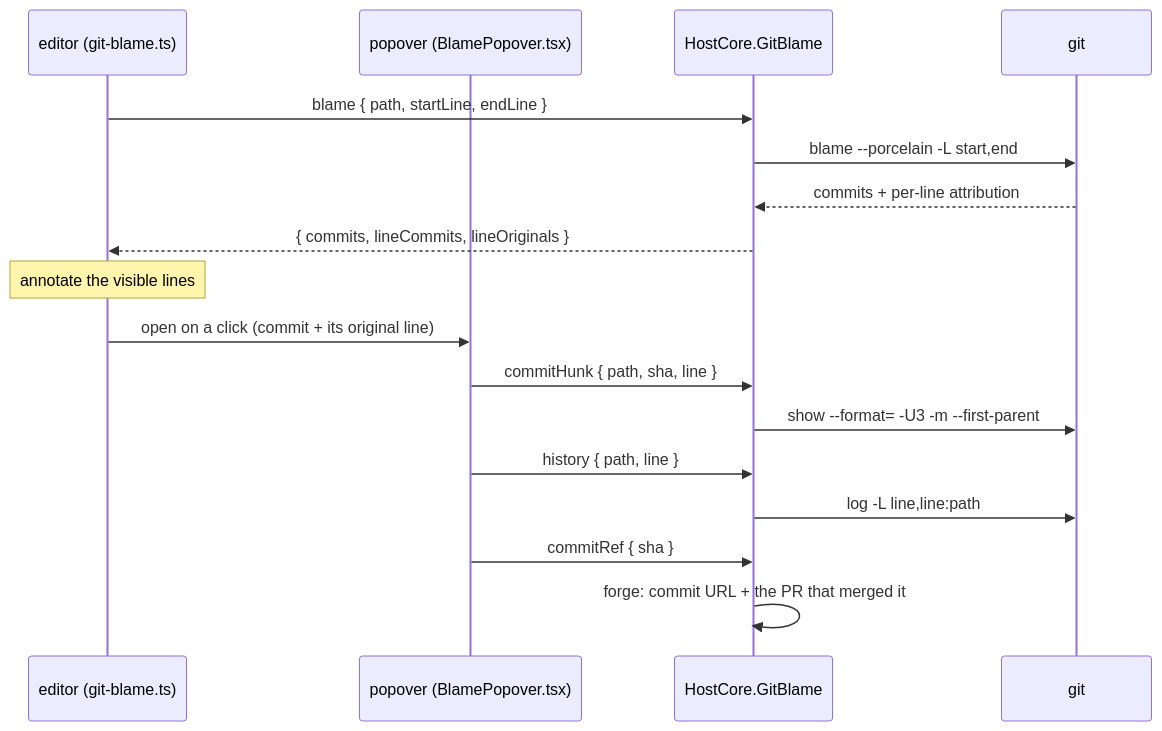
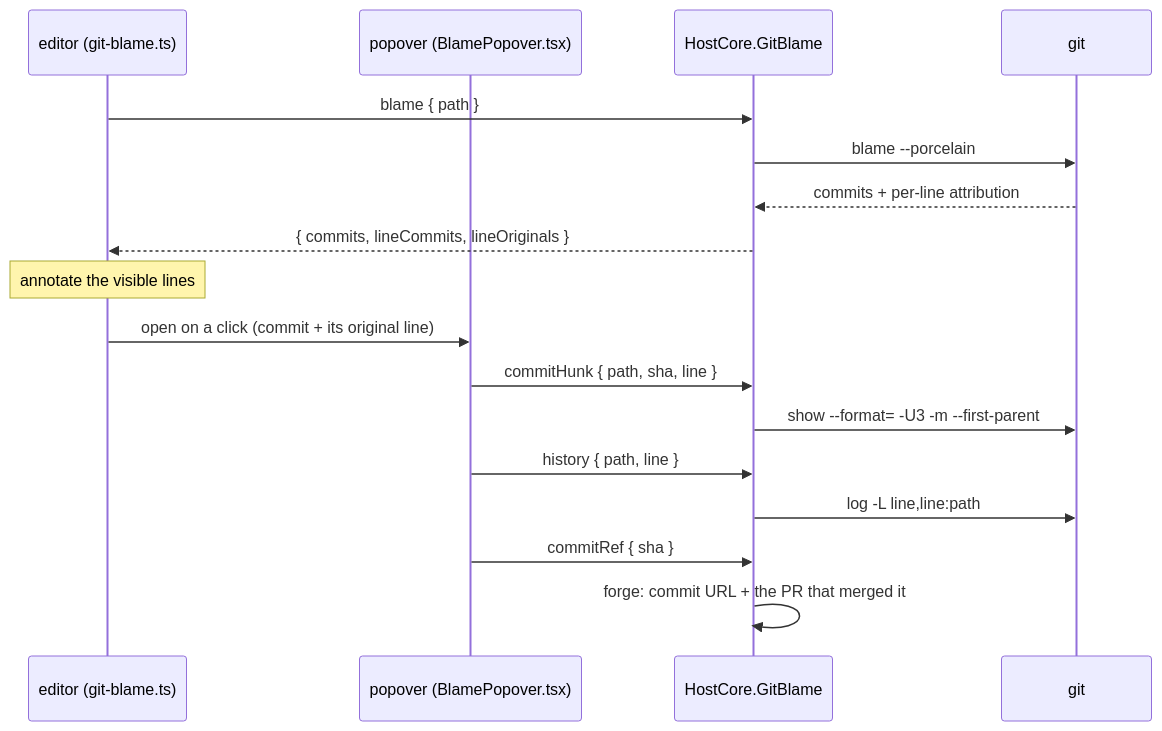
The diagram in docs/specs/git-blame.md (Kapps/weavie), drawn with Mermaid before and after one commit. The commit also changed other lines of this file and 18 other files, not shown here.

````diff
--- a/docs/specs/git-blame.md
+++ b/docs/specs/git-blame.md
@@ -110,19 +107,19 @@
 ```mermaid
 sequenceDiagram
     participant E as editor (git-blame.ts)
     participant P as popover (BlamePopover.tsx)
     participant H as HostCore.GitBlame
     participant G as git
-    E->>H: blame { path, startLine, endLine }
-    H->>G: blame --porcelain -L start,end
+    E->>H: blame { path }
+    H->>G: blame --porcelain
     G-->>H: commits + per-line attribution
     H-->>E: { commits, lineCommits, lineOriginals }
     Note over E: annotate the visible lines
     E->>P: open on a click (commit + its original line)
     P->>H: commitHunk { path, sha, line }
     H->>G: show --format= -U3 -m --first-parent
     P->>H: history { path, line }
     H->>G: log -L line,line:path
     P->>H: commitRef { sha }
     H->>H: forge: commit URL + the PR that merged it
 ```
````
